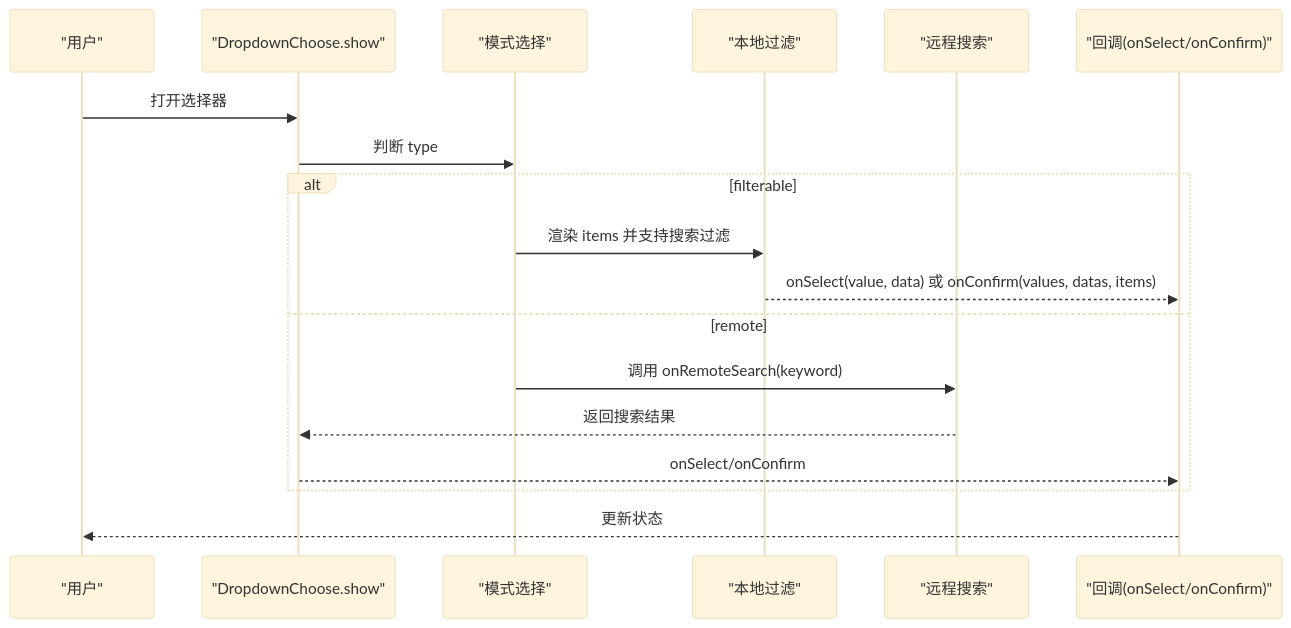
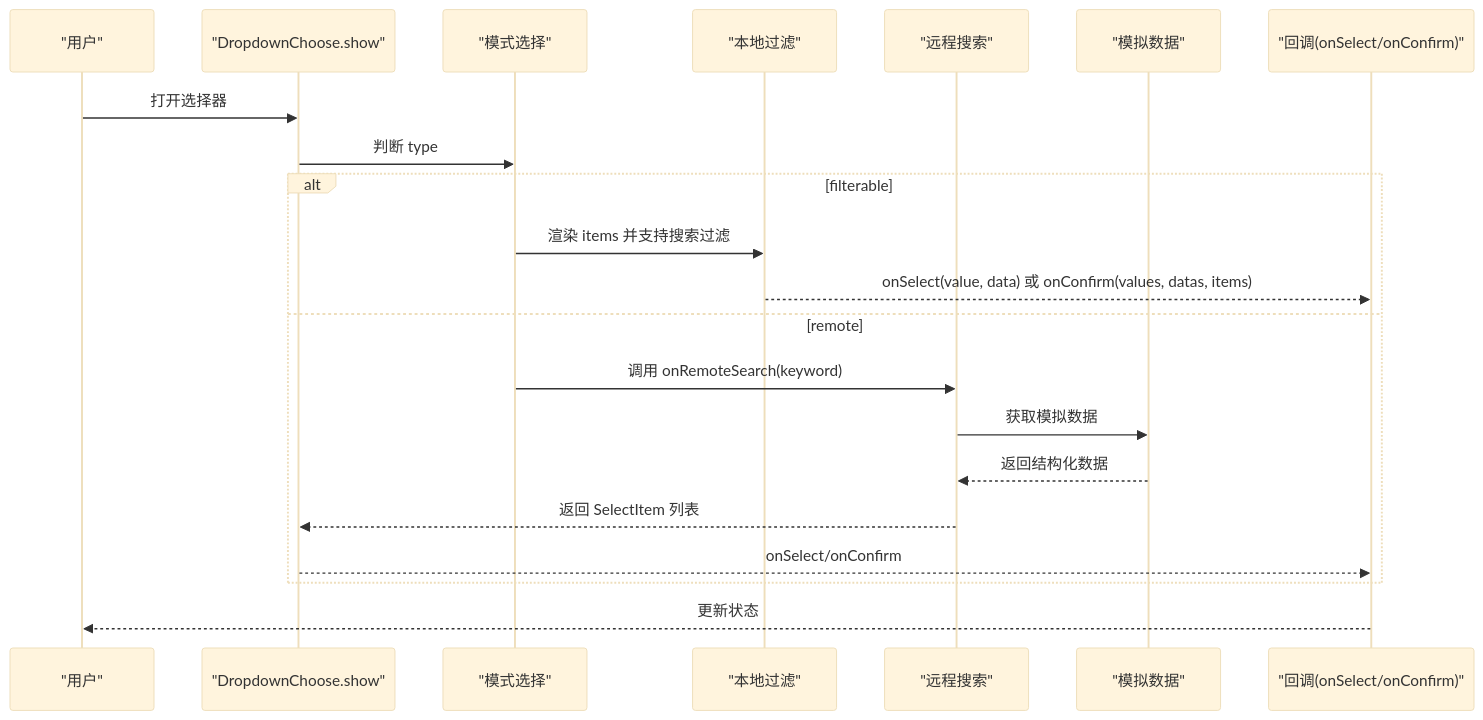
The sixth of 10 diagrams in .qoder/repowiki/zh/content/示例演示.md (yuzhido/lite-ui), drawn with Mermaid (base theme) before and after one commit. The commit also changed other lines of this file and 7 other files, not shown here.

````diff
--- a/.qoder/repowiki/zh/content/示例演示.md
+++ b/.qoder/repowiki/zh/content/示例演示.md
@@ -217,20 +270,23 @@
 ```mermaid
 sequenceDiagram
 participant U as "用户"
 participant S as "DropdownChoose.show"
 participant M as "模式选择"
 participant L as "本地过滤"
 participant R as "远程搜索"
+participant MD as "模拟数据"
 participant CB as "回调(onSelect/onConfirm)"
 U->>S : 打开选择器
 S->>M : 判断 type
 alt filterable
 M->>L : 渲染 items 并支持搜索过滤
 L-->>CB : onSelect(value, data) 或 onConfirm(values, datas, items)
 else remote
 M->>R : 调用 onRemoteSearch(keyword)
-R-->>S : 返回搜索结果
+R->>MD : 获取模拟数据
+MD-->>R : 返回结构化数据
+R-->>S : 返回 SelectItem 列表
 S-->>CB : onSelect/onConfirm
 end
 CB-->>U : 更新状态
 ```
````
